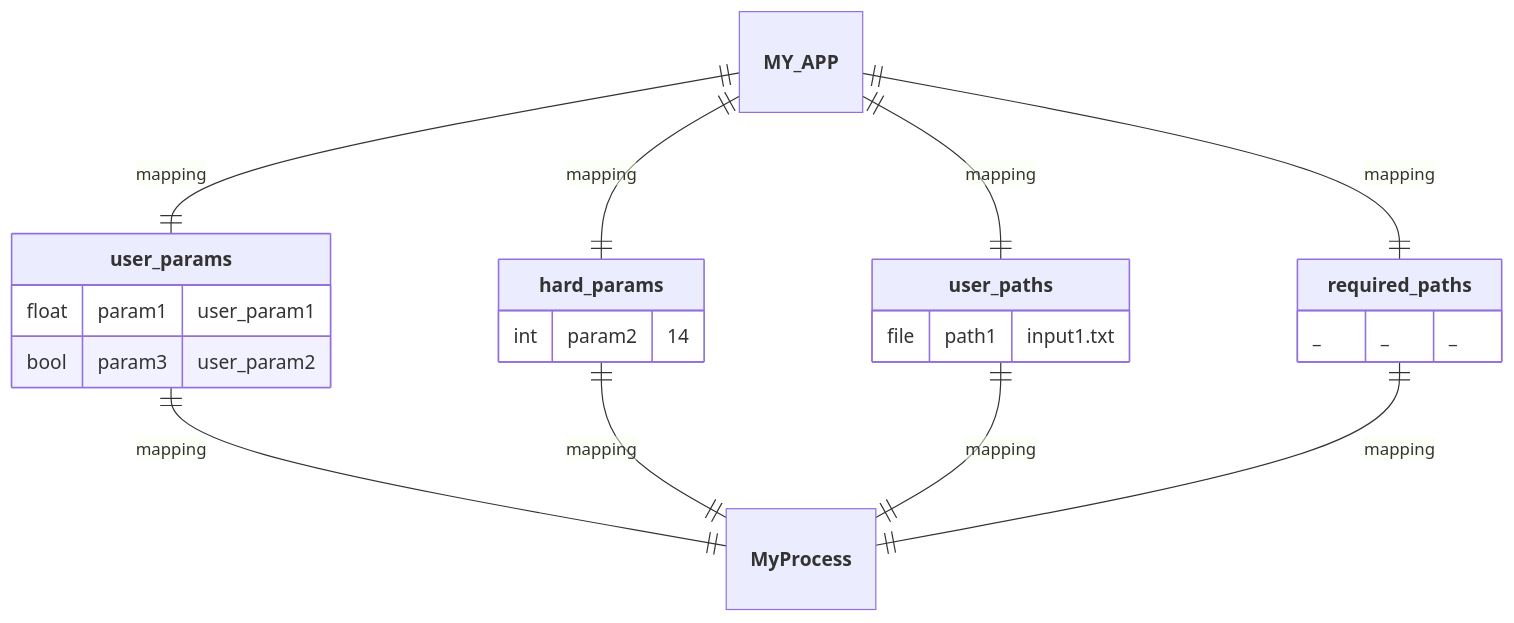
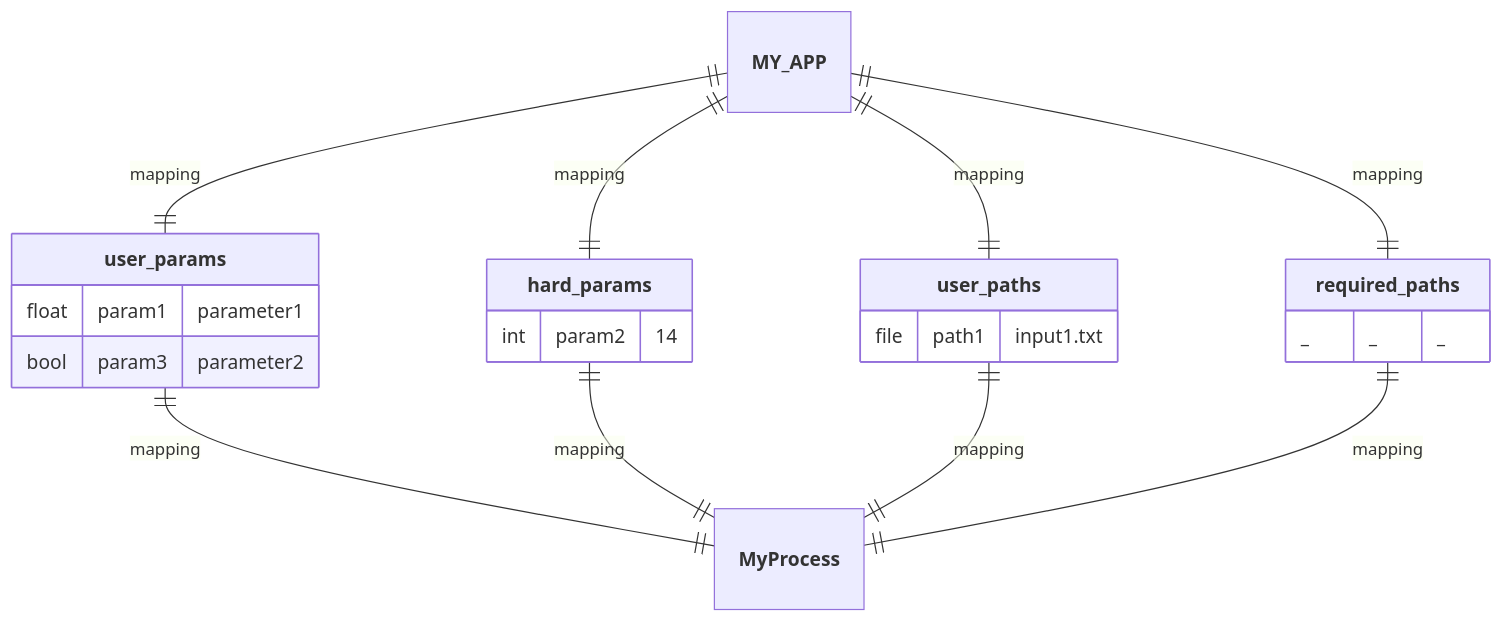
Before and after one commit to nuremics/nuremics: the ninth of 16 diagrams in README.md, drawn with Mermaid. The commit also changed other lines of this file, not shown here.

````diff
--- a/README.md
+++ b/README.md
@@ -254,25 +254,25 @@
 ```mermaid
 erDiagram
   **MY_APP** ||--|| **user_params** : mapping
   **MY_APP** ||--|| **hard_params** : mapping
   **MY_APP** ||--|| **user_paths** : mapping
   **MY_APP** ||--|| **required_paths** : mapping
   **user_params** ||--|| **MyProcess** : mapping
   **hard_params** ||--|| **MyProcess** : mapping
   **user_paths** ||--|| **MyProcess** : mapping
   **required_paths** ||--|| **MyProcess** : mapping
 
   **user_params** {
-    float param1 "user_param1"
-    bool param3 "user_param2"
+    float param1 "parameter1"
+    bool param3 "parameter2"
   }
   **hard_params** {
     int param2 "14"
   }
   **user_paths** {
     file path1 "input1.txt"
   }
   **required_paths** {
     _ _ "_"
   }
 ```
````
